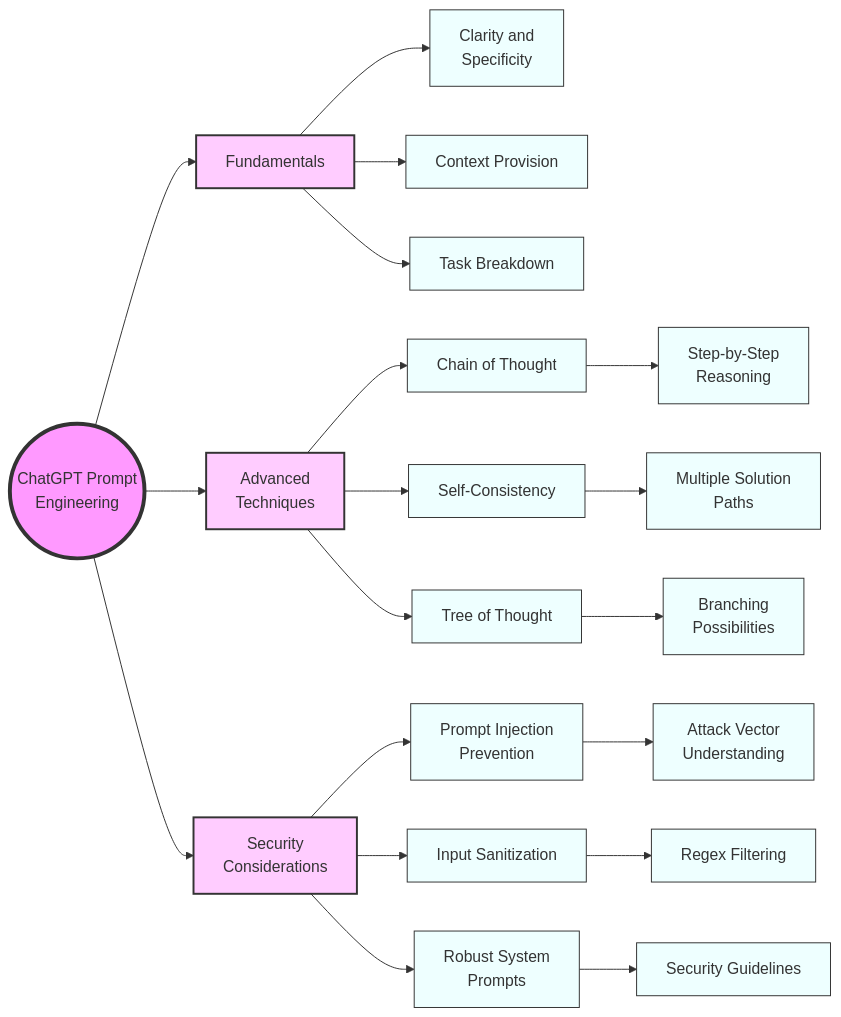
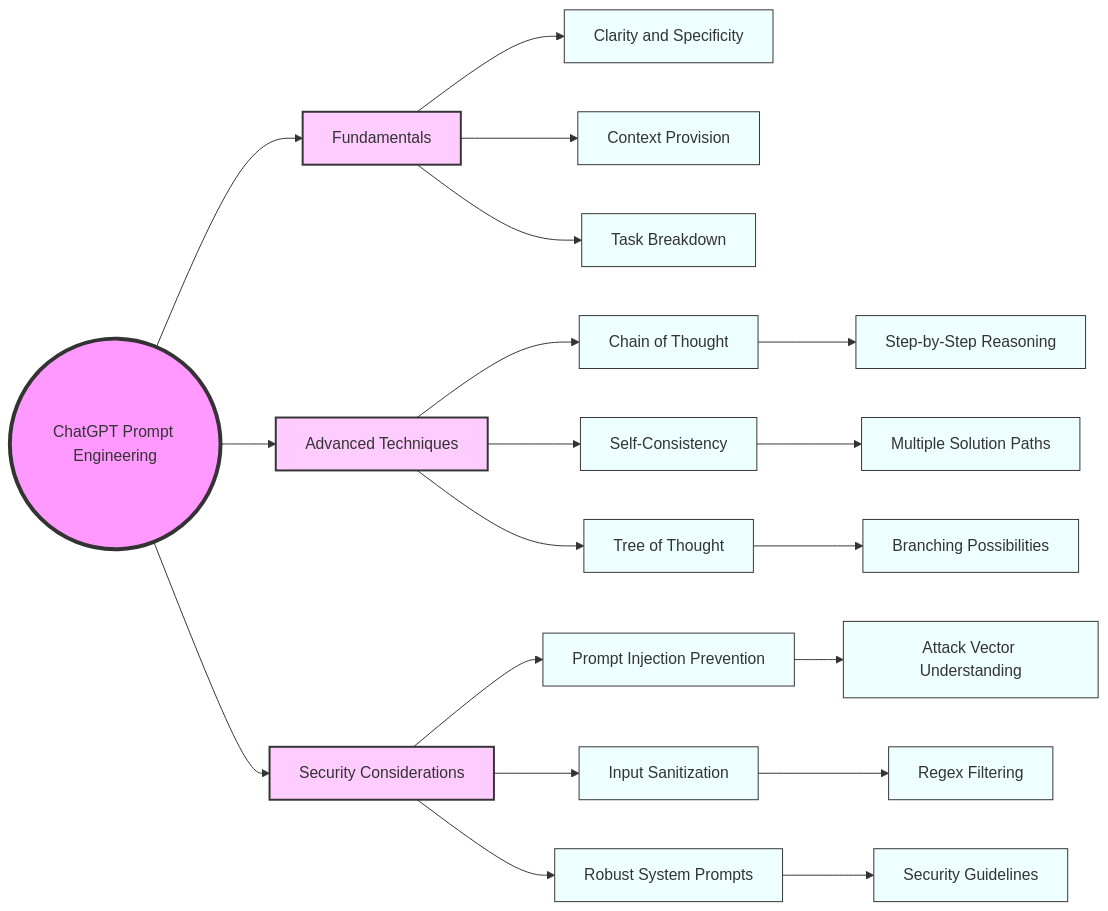
Before and after one commit to chenxingqiang/llm-course-chen: the second of 2 diagrams in notebooks/md/lesson_13_Prompt_engineering_ChatGPT_Prompt_Engineering.md, drawn with Mermaid. The commit also changed 216 other files, not shown here.

````diff
--- a/notebooks/md/lesson_13_Prompt_engineering_ChatGPT_Prompt_Engineering.md
+++ b/notebooks/md/lesson_13_Prompt_engineering_ChatGPT_Prompt_Engineering.md
@@ -829,38 +829,38 @@
 ```mermaid
 graph LR
-    A(("ChatGPT Prompt<br/>Engineering"))
+    A(("ChatGPT Prompt Engineering"))
     
     B["Fundamentals"]
-    C["Advanced<br/>Techniques"]
-    D["Security<br/>Considerations"]
+    C["Advanced Techniques"]
+    D["Security Considerations"]
     
     A --> B & C & D
     
-    B --> E["Clarity and<br/>Specificity"]
+    B --> E["Clarity and Specificity"]
     B --> F["Context Provision"]
     B --> G["Task Breakdown"]
     
     C --> H["Chain of Thought"]
     C --> I["Self-Consistency"]
     C --> J["Tree of Thought"]
     
-    D --> K["Prompt Injection<br/>Prevention"]
+    D --> K["Prompt Injection Prevention"]
     D --> L["Input Sanitization"]
-    D --> M["Robust System<br/>Prompts"]
+    D --> M["Robust System Prompts"]
     
-    H --> N["Step-by-Step<br/>Reasoning"]
-    I --> O["Multiple Solution<br/>Paths"]
-    J --> P["Branching<br/>Possibilities"]
+    H --> N["Step-by-Step Reasoning"]
+    I --> O["Multiple Solution Paths"]
+    J --> P["Branching Possibilities"]
     
-    K --> Q["Attack Vector<br/>Understanding"]
+    K --> Q["Attack Vector Understanding"]
     L --> R["Regex Filtering"]
     M --> S["Security Guidelines"]
 
     style A fill:#f9f,stroke:#333,stroke-width:4px
     style B fill:#fcf,stroke:#333,stroke-width:2px
     style C fill:#fcf,stroke:#333,stroke-width:2px
     style D fill:#fcf,stroke:#333,stroke-width:2px
     
     classDef subTopic fill:#eff,stroke:#333,stroke-width:1px
     class E,F,G,H,I,J,K,L,M,N,O,P,Q,R,S subTopic
 ```
````
